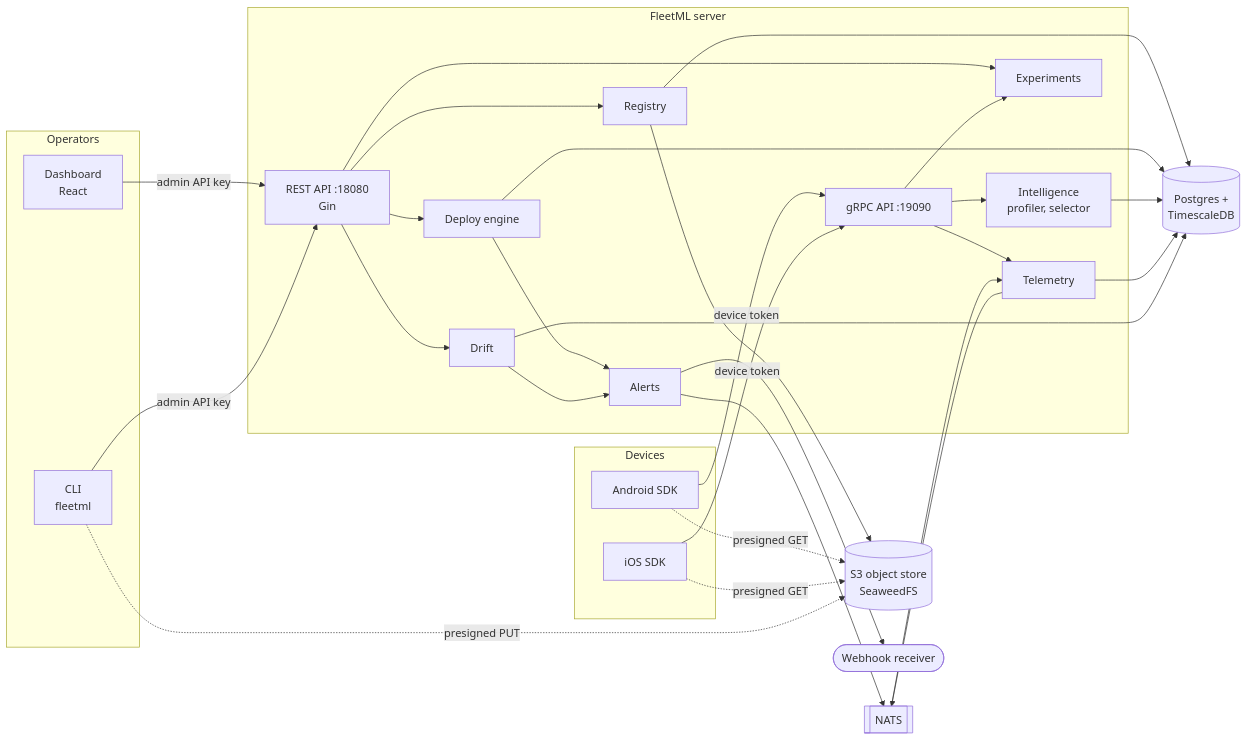
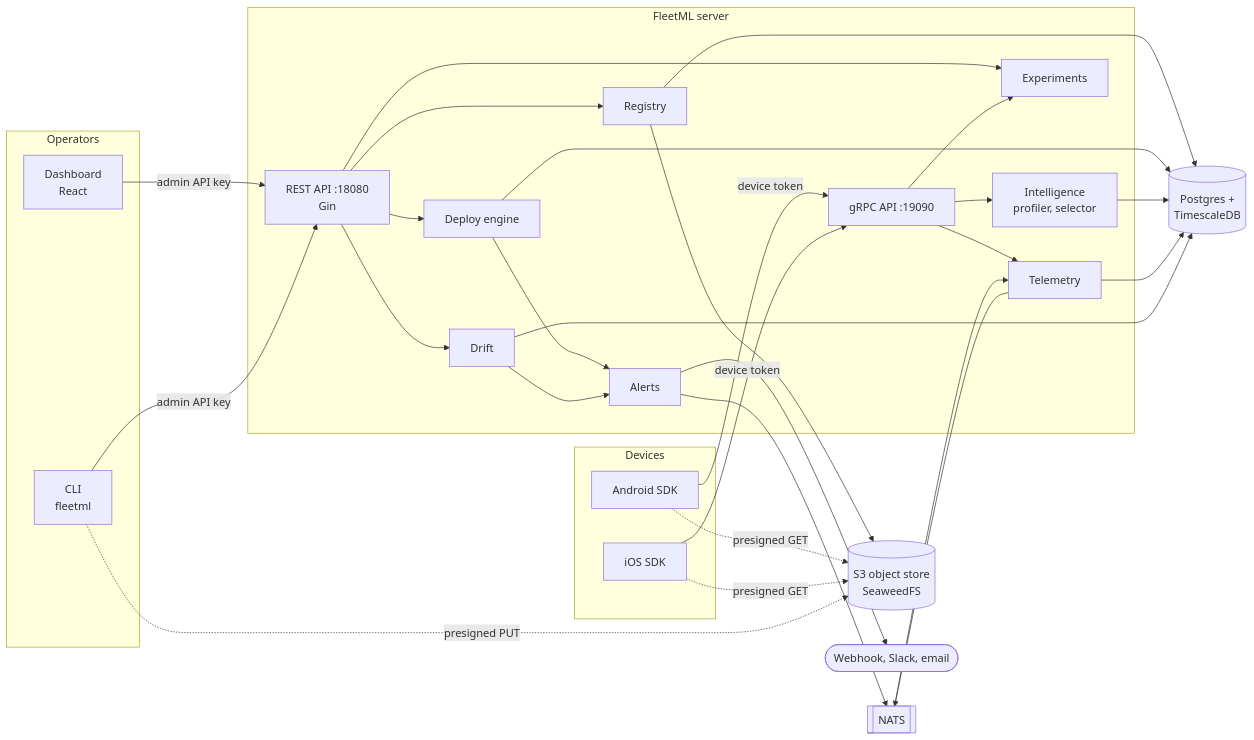
Before and after one commit to fleetml/fleetml: the first of 8 diagrams in docs/ARCHITECTURE.md, drawn with Mermaid. The commit also changed other lines of this file and 24 other files, not shown here.

First line of the commit message:
feat(alerts): per-project alert sinks with Slack, email and a delivery log

````diff
--- a/docs/ARCHITECTURE.md
+++ b/docs/ARCHITECTURE.md
@@ -6,44 +6,44 @@
 ```mermaid
 flowchart LR
   subgraph clients[Operators]
     dash[Dashboard<br/>React]
     cli[CLI<br/>fleetml]
   end
   subgraph devices[Devices]
     android[Android SDK]
     ios[iOS SDK]
   end
   subgraph server[FleetML server]
     rest[REST API :18080<br/>Gin]
     grpc[gRPC API :19090]
     reg[Registry]
     dep[Deploy engine]
     intel[Intelligence<br/>profiler, selector]
     exp[Experiments]
     tel[Telemetry]
     drift[Drift]
     alert[Alerts]
   end
   pg[(Postgres +<br/>TimescaleDB)]
   s3[(S3 object store<br/>SeaweedFS)]
   nats[[NATS]]
-  hook([Webhook receiver])
+  hook([Webhook, Slack, email])
 
   dash -- admin API key --> rest
   cli -- admin API key --> rest
   android -- device token --> grpc
   ios -- device token --> grpc
   android -. presigned GET .-> s3
   ios -. presigned GET .-> s3
   cli -. presigned PUT .-> s3
   rest --> reg & dep & exp & drift
   grpc --> intel & exp & tel
   reg --> pg & s3
   dep --> pg
   intel --> pg
   tel --> nats --> tel
   tel --> pg
   drift --> pg
   dep & drift --> alert
   alert --> nats & hook
 ```
````
